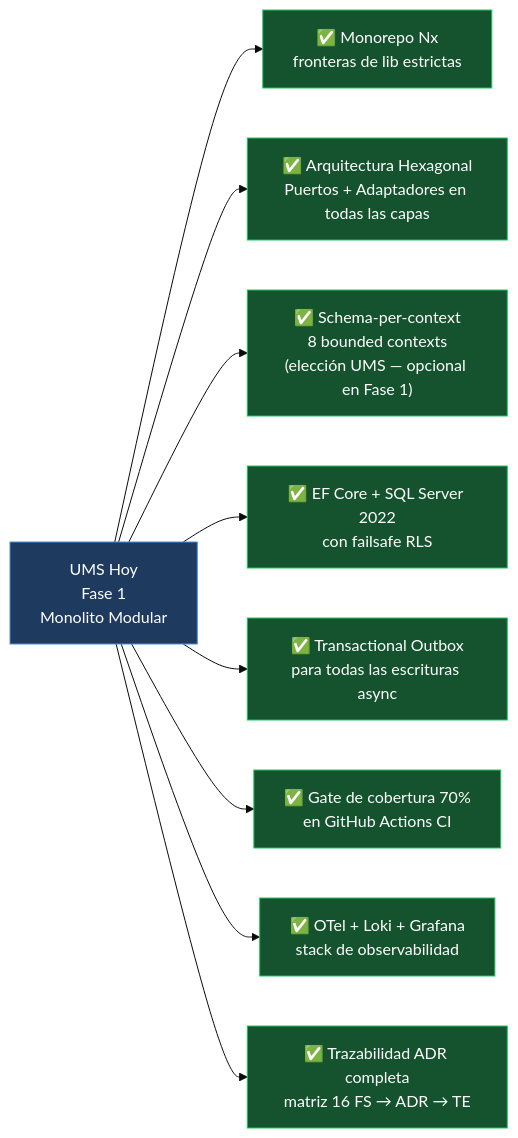
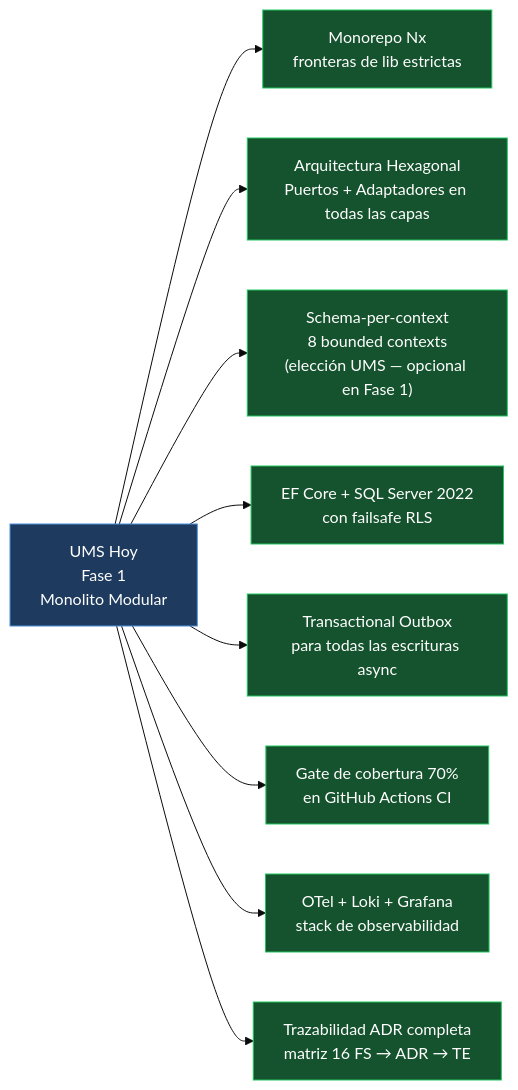
Before and after one commit to beyondnetcode/evolith_arch32: the fourth of 4 diagrams in reference/governance/standards/communication/visuals/v02-progressive-journey.es.md, drawn with Mermaid (base theme). The commit also changed other lines of this file and 41 other files, not shown here.

````diff
--- a/reference/governance/standards/communication/visuals/v02-progressive-journey.es.md
+++ b/reference/governance/standards/communication/visuals/v02-progressive-journey.es.md
@@ -119,16 +119,16 @@
 ```mermaid
 flowchart LR
     classDef done fill:#14532d,stroke:#22c55e,color:#fff
     classDef arch fill:#1e3a5f,stroke:#4a90d9,color:#fff
 
     UMS["UMS Hoy\nFase 1\nMonolito Modular"]:::arch
 
-    UMS --> A["✅ Monorepo Nx\nfronteras de lib estrictas"]:::done
-    UMS --> B["✅ Arquitectura Hexagonal\nPuertos + Adaptadores en todas las capas"]:::done
-    UMS --> C["✅ Schema-per-context\n8 bounded contexts\n(elección UMS — opcional en Fase 1)"]:::done
-    UMS --> D["✅ EF Core + SQL Server 2022\ncon failsafe RLS"]:::done
-    UMS --> E["✅ Transactional Outbox\npara todas las escrituras async"]:::done
-    UMS --> F["✅ Gate de cobertura 70%\nen GitHub Actions CI"]:::done
-    UMS --> G["✅ OTel + Loki + Grafana\nstack de observabilidad"]:::done
-    UMS --> H["✅ Trazabilidad ADR completa\nmatriz 16 FS → ADR → TE"]:::done
+    UMS --> A[" Monorepo Nx\nfronteras de lib estrictas"]:::done
+    UMS --> B[" Arquitectura Hexagonal\nPuertos + Adaptadores en todas las capas"]:::done
+    UMS --> C[" Schema-per-context\n8 bounded contexts\n(elección UMS — opcional en Fase 1)"]:::done
+    UMS --> D[" EF Core + SQL Server 2022\ncon failsafe RLS"]:::done
+    UMS --> E[" Transactional Outbox\npara todas las escrituras async"]:::done
+    UMS --> F[" Gate de cobertura 70%\nen GitHub Actions CI"]:::done
+    UMS --> G[" OTel + Loki + Grafana\nstack de observabilidad"]:::done
+    UMS --> H[" Trazabilidad ADR completa\nmatriz 16 FS → ADR → TE"]:::done
 ```
````
